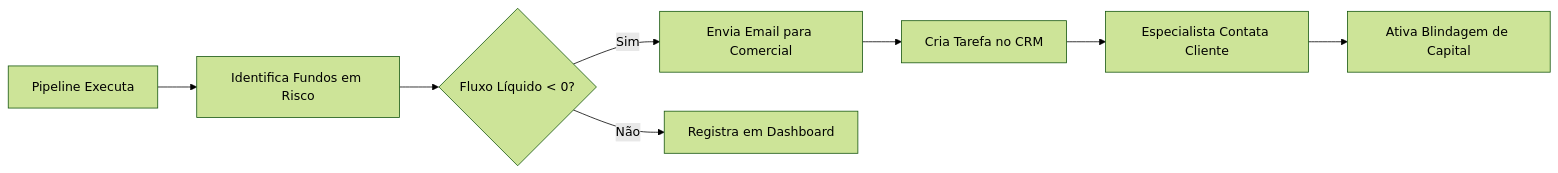
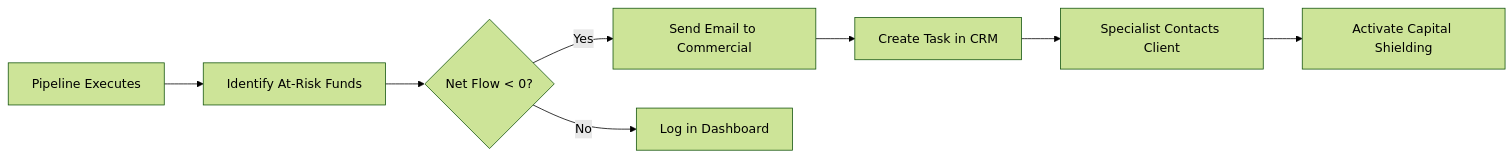
One commit to GabrielHenriqueCA/cvm-210-data-pipeline changed the diagram in docs/analytics_guide.md. Above: the diagram before and after it, drawn with Mermaid (forest theme). The commit also changed other lines of this file and 7 other files, not shown here.

````diff
--- a/docs/analytics_guide.md
+++ b/docs/analytics_guide.md
@@ -284,10 +284,10 @@
 ```mermaid
 graph LR
-    A[Pipeline Executa] --> B[Identifica Fundos em Risco]
-    B --> C{Fluxo Líquido < 0?}
-    C -->|Sim| D[Envia Email para Comercial]
-    C -->|Não| E[Registra em Dashboard]
-    D --> F[Cria Tarefa no CRM]
-    F --> G[Especialista Contata Cliente]
-    G --> H[Ativa Blindagem de Capital]
+    A[Pipeline Executes] --> B[Identify At-Risk Funds]
+    B --> C{Net Flow < 0?}
+    C -->|Yes| D[Send Email to Commercial]
+    C -->|No| E[Log in Dashboard]
+    D --> F[Create Task in CRM]
+    F --> G[Specialist Contacts Client]
+    G --> H[Activate Capital Shielding]
 ```
````
